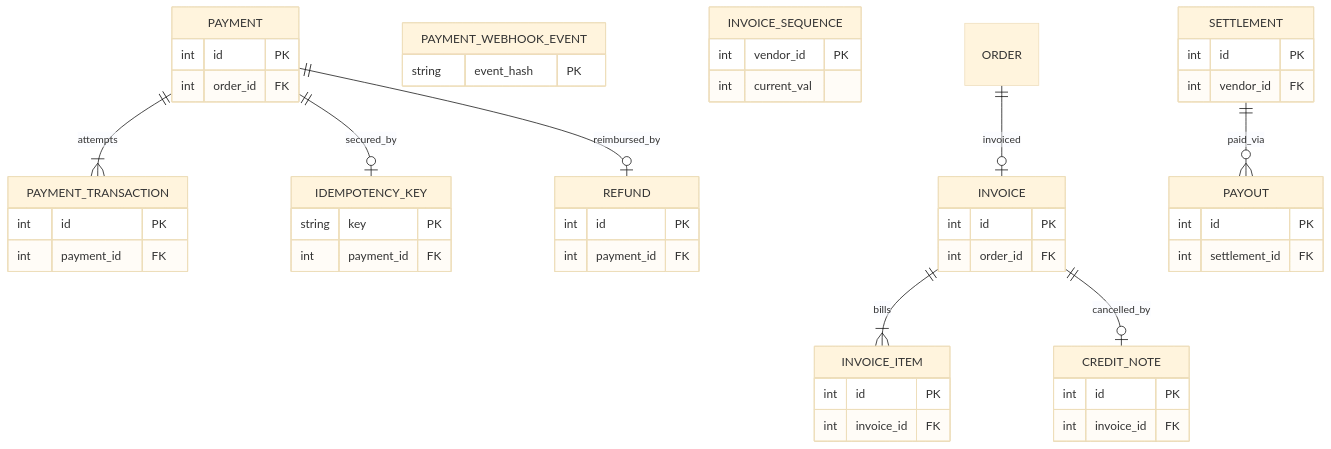
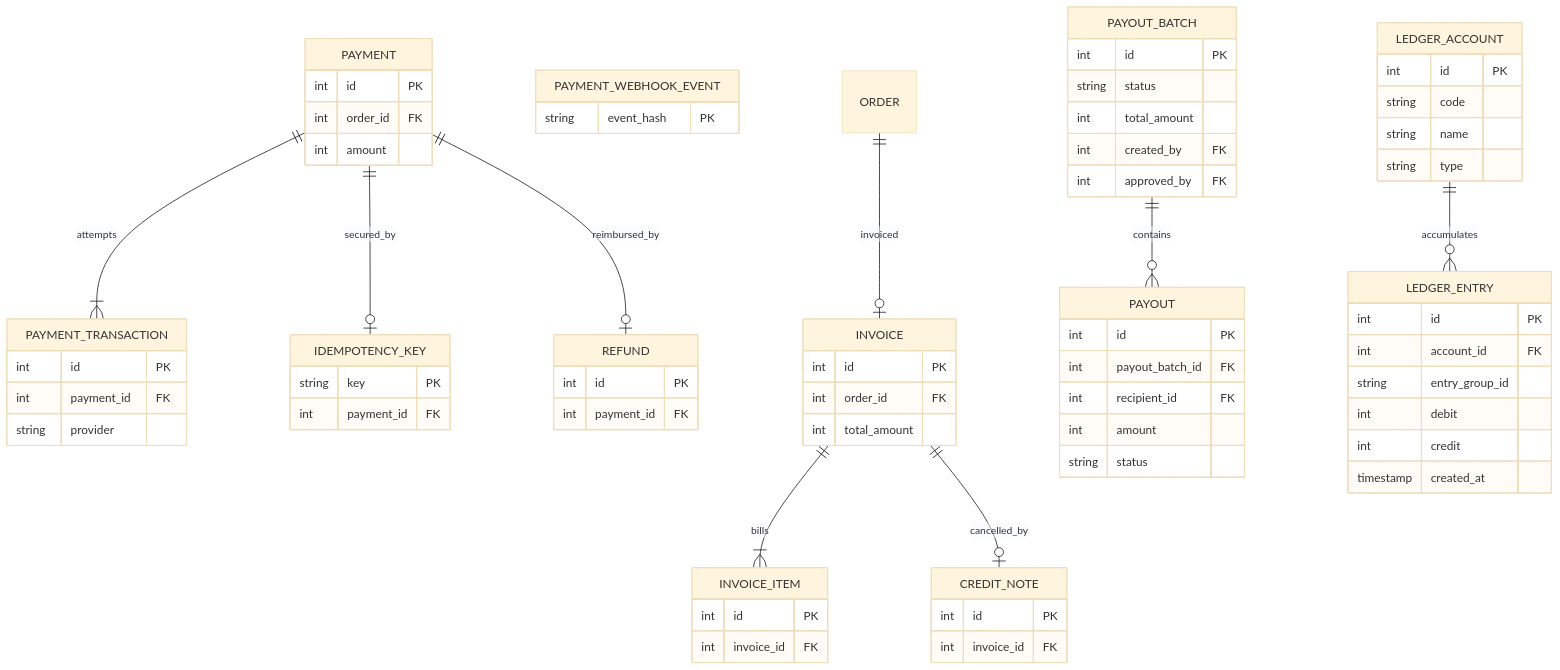
The sixth of 7 diagrams in docs/03-modele-donnees-etats.md (durelpro/pleingaz), drawn with Mermaid (base theme) before and after one commit. The commit also changed other lines of this file and 4 other files, not shown here.

````diff
--- a/docs/03-modele-donnees-etats.md
+++ b/docs/03-modele-donnees-etats.md
@@ -264,53 +320,73 @@
 ```mermaid
 erDiagram
     PAYMENT {
         int id PK
         int order_id FK
+        int amount
     }
     PAYMENT_TRANSACTION {
         int id PK
         int payment_id FK
+        string provider
     }
     PAYMENT_WEBHOOK_EVENT {
         string event_hash PK
     }
     IDEMPOTENCY_KEY {
         string key PK
         int payment_id FK
     }
     INVOICE {
         int id PK
         int order_id FK
+        int total_amount
     }
     INVOICE_ITEM {
         int id PK
         int invoice_id FK
-    }
-    INVOICE_SEQUENCE {
-        int vendor_id PK
-        int current_val
     }
     CREDIT_NOTE {
         int id PK
         int invoice_id FK
     }
     REFUND {
         int id PK
         int payment_id FK
     }
-    SETTLEMENT {
+    PAYOUT_BATCH {
         int id PK
-        int vendor_id FK
+        string status
+        int total_amount
+        int created_by FK
+        int approved_by FK
     }
     PAYOUT {
         int id PK
-        int settlement_id FK
+        int payout_batch_id FK
+        int recipient_id FK
+        int amount
+        string status
+    }
+    LEDGER_ACCOUNT {
+        int id PK
+        string code
+        string name
+        string type
+    }
+    LEDGER_ENTRY {
+        int id PK
+        int account_id FK
+        string entry_group_id
+        int debit
+        int credit
+        timestamp created_at
     }
     PAYMENT ||--|{ PAYMENT_TRANSACTION : "attempts"
     PAYMENT ||--o| IDEMPOTENCY_KEY : "secured_by"
     PAYMENT ||--o| REFUND : "reimbursed_by"
     ORDER ||--o| INVOICE : "invoiced"
     INVOICE ||--|{ INVOICE_ITEM : "bills"
     INVOICE ||--o| CREDIT_NOTE : "cancelled_by"
-    SETTLEMENT ||--o{ PAYOUT : "paid_via"
+    PAYOUT_BATCH ||--o{ PAYOUT : "contains"
+    LEDGER_ACCOUNT ||--o{ LEDGER_ENTRY : "accumulates"
 ```
````
